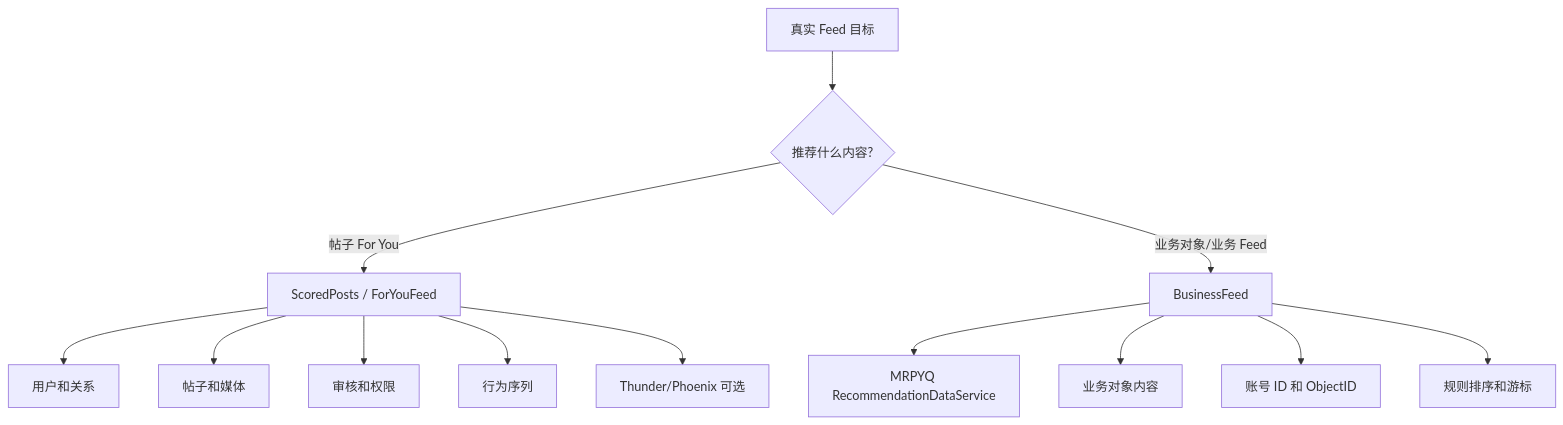
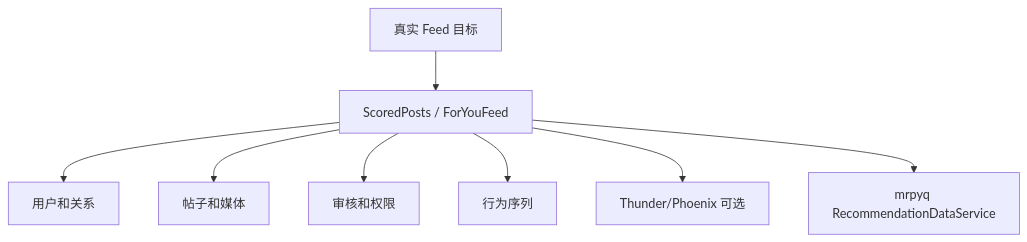
One commit to freefcw/x-algorithm changed the first of 6 diagrams in docs/bootstrap/05-真实数据和业务依赖接入.md. Above: the diagram before and after it, drawn with Mermaid. The commit also changed other lines of this file and 18 other files, not shown here.

First line of the commit message:
docs: 同步主干收敛执行记录并去掉 BusinessFeed 文档面

````diff
--- a/docs/bootstrap/05-真实数据和业务依赖接入.md
+++ b/docs/bootstrap/05-真实数据和业务依赖接入.md
@@ -17,17 +17,11 @@
 ```mermaid
 flowchart TD
-    A[真实 Feed 目标] --> B{推荐什么内容?}
-    B -->|帖子 For You| C[ScoredPosts / ForYouFeed]
-    B -->|业务对象/业务 Feed| D[BusinessFeed]
+    A[真实 Feed 目标] --> C[ScoredPosts / ForYouFeed]
 
     C --> C1[用户和关系]
     C --> C2[帖子和媒体]
     C --> C3[审核和权限]
     C --> C4[行为序列]
     C --> C5[Thunder/Phoenix 可选]
-
-    D --> D1[MRPYQ RecommendationDataService]
-    D --> D2[业务对象内容]
-    D --> D3[账号 ID 和 ObjectID]
-    D --> D4[规则排序和游标]
+    C --> C6[mrpyq RecommendationDataService]
 ```
````
